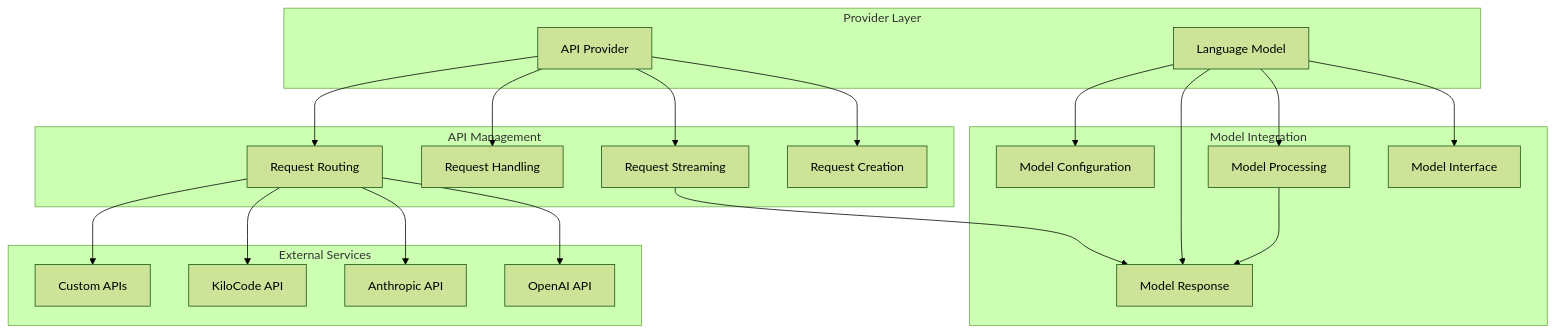
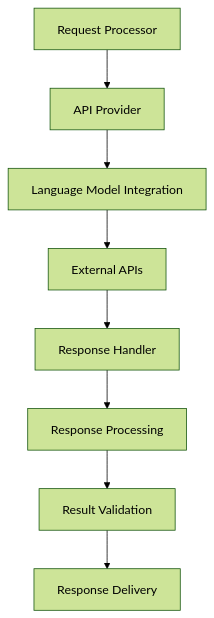
Before and after one commit to mschulkind/kilocode: the diagram in docs/architecture/PROVIDER_LAYER_SYSTEM.md, drawn with Mermaid (forest theme). The commit also changed other lines of this file and 41 other files, not shown here.

````diff
--- a/docs/architecture/PROVIDER_LAYER_SYSTEM.md
+++ b/docs/architecture/PROVIDER_LAYER_SYSTEM.md
@@ -57,46 +46,10 @@
 ```mermaid
 graph TB
-    subgraph "Provider Layer"
-        AP[API Provider]
-        LM[Language Model]
-    end
-
-    subgraph "API Management"
-        RC[Request Creation]
-        RS[Request Streaming]
-        RH[Request Handling]
-        RR[Request Routing]
-    end
-
-    subgraph "Model Integration"
-        MI[Model Interface]
-        MP[Model Processing]
-        MR[Model Response]
-        MC[Model Configuration]
-    end
-
-    subgraph "External Services"
-        OAI[OpenAI API]
-        ANTH[Anthropic API]
-        KC[KiloCode API]
-        CUSTOM[Custom APIs]
-    end
-
-    AP --> RC
-    AP --> RS
-    AP --> RH
-    AP --> RR
-
-    LM --> MI
-    LM --> MP
-    LM --> MR
-    LM --> MC
-
-    RR --> OAI
-    RR --> ANTH
-    RR --> KC
-    RR --> CUSTOM
-
-    RS --> MR
-    MP --> MR
+    A[Request Processor] --> B[API Provider]
+    B --> C[Language Model Integration]
+    C --> D[External APIs]
+    D --> E[Response Handler]
+    E --> F[Response Processing]
+    F --> G[Result Validation]
+    G --> H[Response Delivery]
 ```
````
